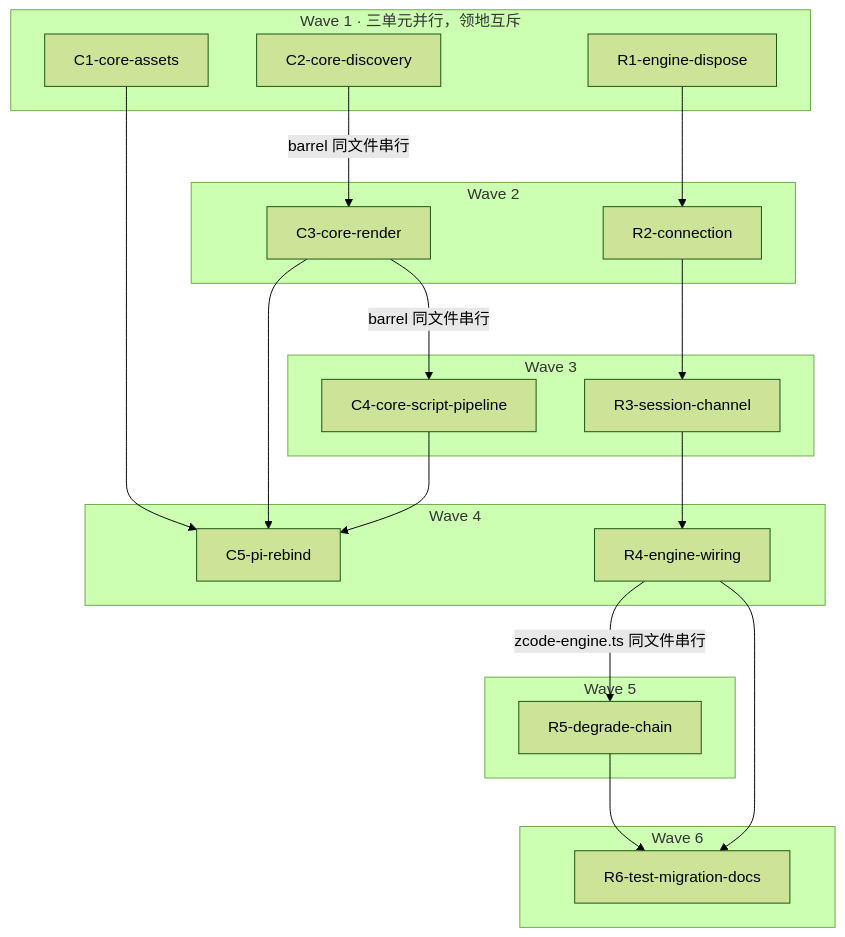
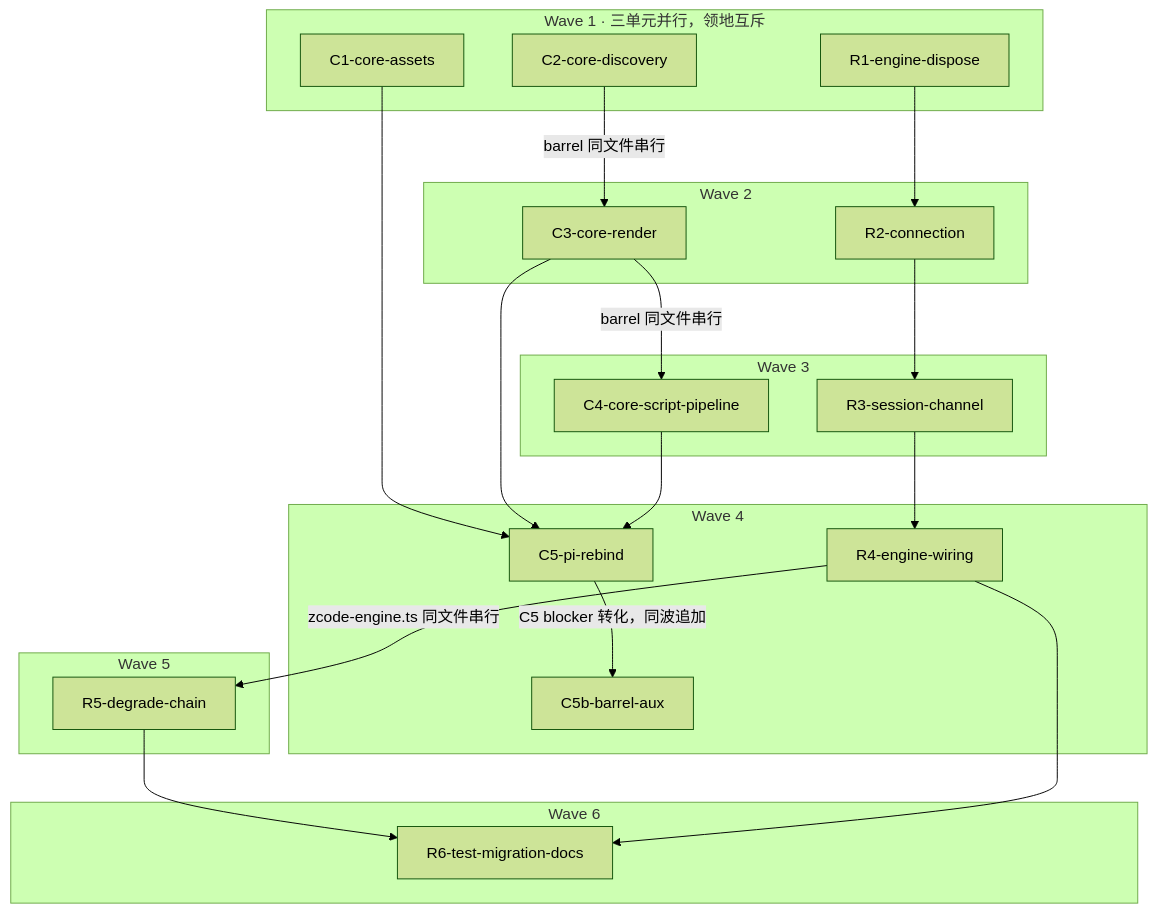
The diagram in docs/design/subagent-core-convergence.impl-plan.md (zhushanwen321/xyz-agent), drawn with Mermaid (forest theme) before and after one commit. The commit also changed other lines of this file and 15 other files, not shown here.

````diff
--- a/docs/design/subagent-core-convergence.impl-plan.md
+++ b/docs/design/subagent-core-convergence.impl-plan.md
@@ -59,33 +60,35 @@
 ```mermaid
 graph TD
   subgraph Wv1[Wave 1 · 三单元并行，领地互斥]
     C1["C1-core-assets"]
     C2["C2-core-discovery"]
     R1["R1-engine-dispose"]
   end
   subgraph Wv2[Wave 2]
     C3["C3-core-render"]
     R2["R2-connection"]
   end
   subgraph Wv3[Wave 3]
     C4["C4-core-script-pipeline"]
     R3["R3-session-channel"]
   end
   subgraph Wv4[Wave 4]
     C5["C5-pi-rebind"]
+    C5b["C5b-barrel-aux"]
     R4["R4-engine-wiring"]
   end
   subgraph Wv5[Wave 5]
     R5["R5-degrade-chain"]
   end
   subgraph Wv6[Wave 6]
     R6["R6-test-migration-docs"]
   end
   C1 --> C5
   C2 -->|"barrel 同文件串行"| C3
   C3 -->|"barrel 同文件串行"| C4
   C3 --> C5
   C4 --> C5
+  C5 -->|"C5 blocker 转化，同波追加"| C5b
   R1 --> R2 --> R3 --> R4 -->|"zcode-engine.ts 同文件串行"| R5 --> R6
   R4 --> R6
 ```
````
